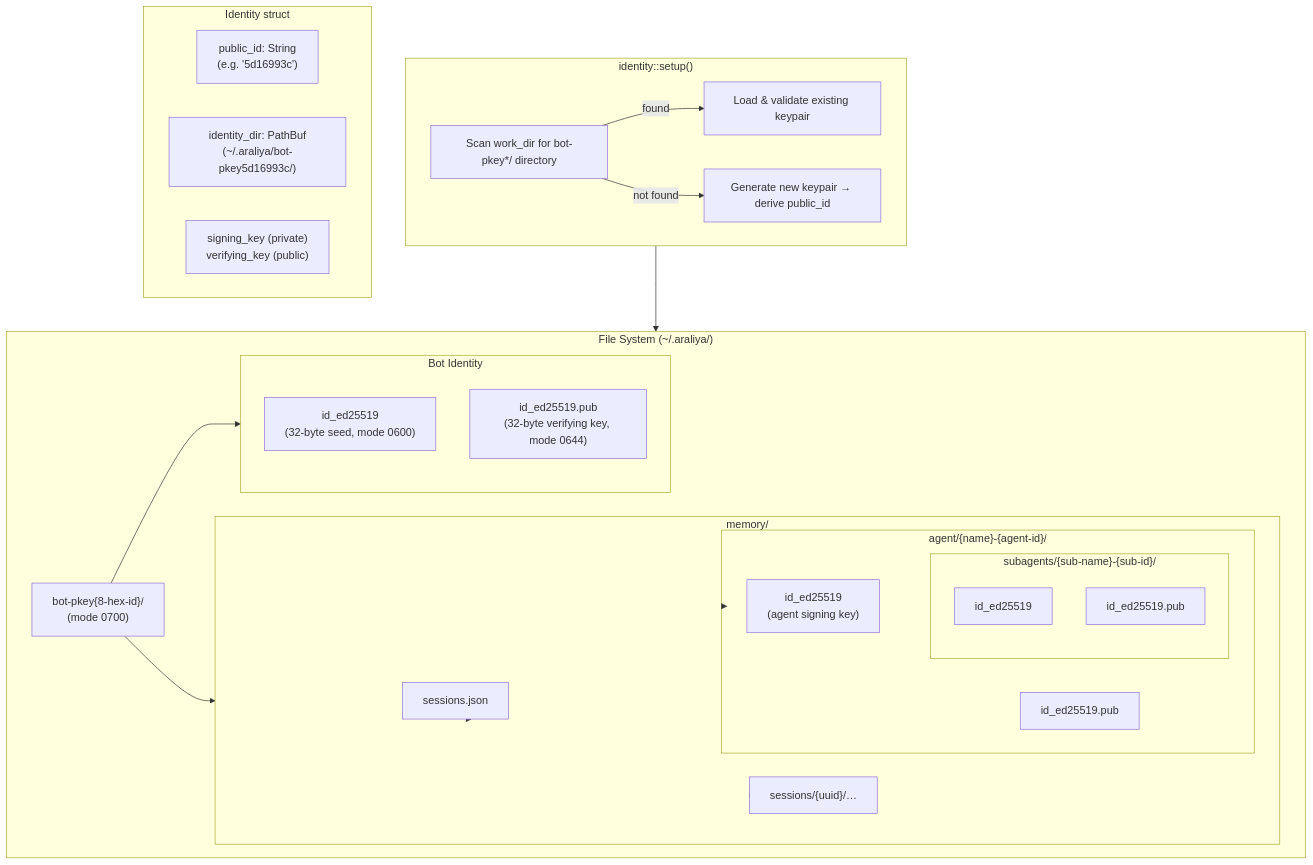
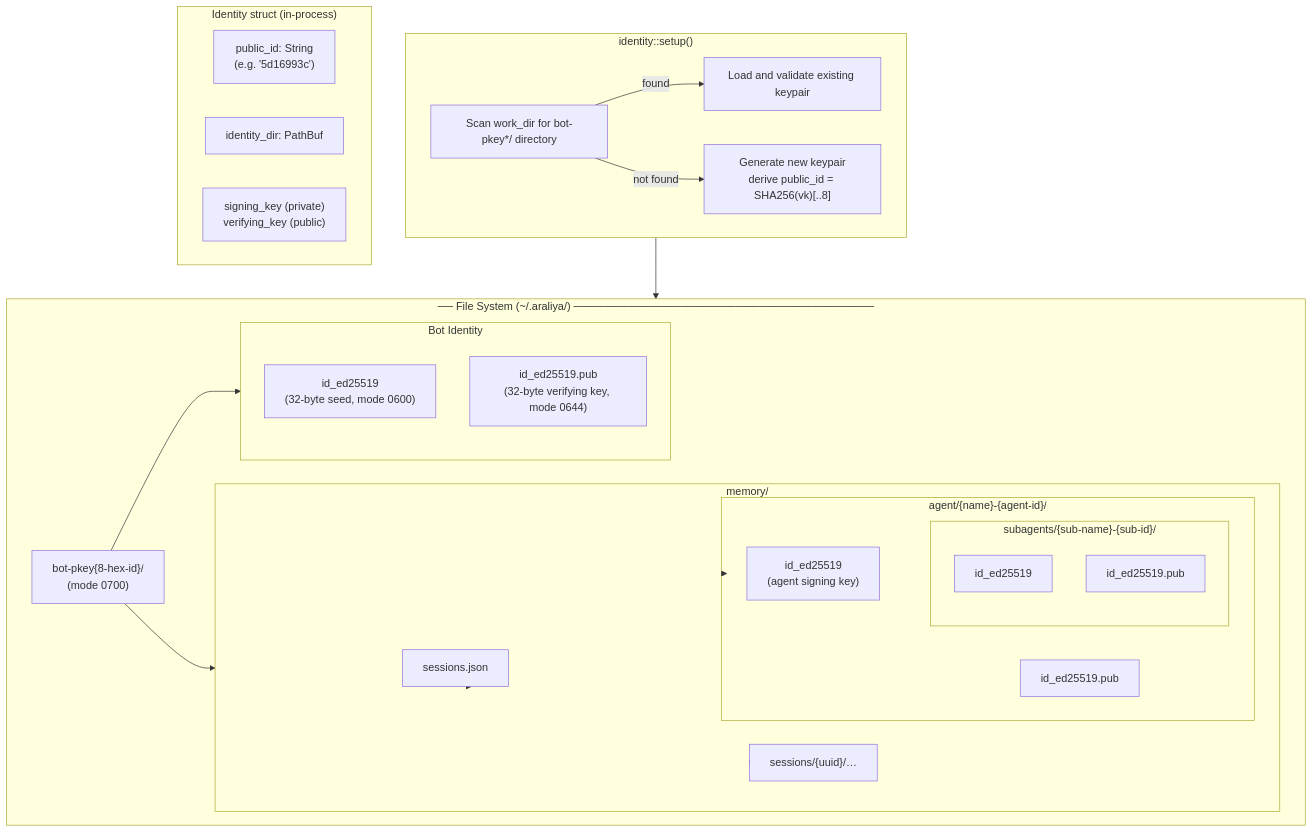
Before and after one commit to xcorat/araliya-bot: diagram 14 of 16 in docs/architecture/diagrams.md, drawn with Mermaid. The commit also changed other lines of this file, not shown here.

First line of the commit message:
docs: fix Mermaid render errors and restructure large diagrams

````diff
--- a/docs/architecture/diagrams.md
+++ b/docs/architecture/diagrams.md
@@ -443,49 +547,49 @@
 ```mermaid
 graph TB
     subgraph ID_SETUP["identity::setup()"]
         SCAN["Scan work_dir for bot-pkey*/ directory"]
-        LOAD["Load & validate existing keypair"]
-        GEN["Generate new keypair → derive public_id"]
+        LOAD["Load and validate existing keypair"]
+        GEN["Generate new keypair<br/>derive public_id = SHA256(vk)[..8]"]
         SCAN -->|found| LOAD
         SCAN -->|not found| GEN
     end
 
-    subgraph FS["File System  (~/.araliya/)"]
-        BOT_DIR["bot-pkey{8-hex-id}/\n(mode 0700)"]
+    subgraph FS["── File System  (~/.araliya/) ───────────────────────────────────────"]
+        BOT_DIR["bot-pkey{8-hex-id}/<br/>(mode 0700)"]
 
         subgraph BOT_KEYS["Bot Identity"]
-            PRIV["id_ed25519\n(32-byte seed, mode 0600)"]
-            PUB["id_ed25519.pub\n(32-byte verifying key, mode 0644)"]
+            PRIV["id_ed25519<br/>(32-byte seed, mode 0600)"]
+            PUB["id_ed25519.pub<br/>(32-byte verifying key, mode 0644)"]
         end
 
         subgraph MEM_DIR["memory/"]
             SESS_IDX["sessions.json"]
             SESS_DATA["sessions/{uuid}/…"]
 
             subgraph AGENT_DIR["agent/{name}-{agent-id}/"]
-                A_PRIV["id_ed25519\n(agent signing key)"]
+                A_PRIV["id_ed25519<br/>(agent signing key)"]
                 A_PUB["id_ed25519.pub"]
 
                 subgraph SUBAGENT_DIR["subagents/{sub-name}-{sub-id}/"]
                     SA_PRIV["id_ed25519"]
                     SA_PUB["id_ed25519.pub"]
                 end
             end
         end
 
         BOT_DIR --> BOT_KEYS
         BOT_DIR --> MEM_DIR
         MEM_DIR --> SESS_IDX
         MEM_DIR --> SESS_DATA
         MEM_DIR --> AGENT_DIR
         AGENT_DIR --> SUBAGENT_DIR
     end
 
     ID_SETUP --> FS
 
-    subgraph IDENTITY_STRUCT["Identity struct"]
-        F1["public_id: String\n(e.g. '5d16993c')"]
-        F2["identity_dir: PathBuf\n(~/.araliya/bot-pkey5d16993c/)"]
-        F3["signing_key (private)\nverifying_key (public)"]
+    subgraph IDENTITY_STRUCT["Identity struct (in-process)"]
+        F1["public_id: String<br/>(e.g. '5d16993c')"]
+        F2["identity_dir: PathBuf"]
+        F3["signing_key (private)<br/>verifying_key (public)"]
     end
 ```
````
